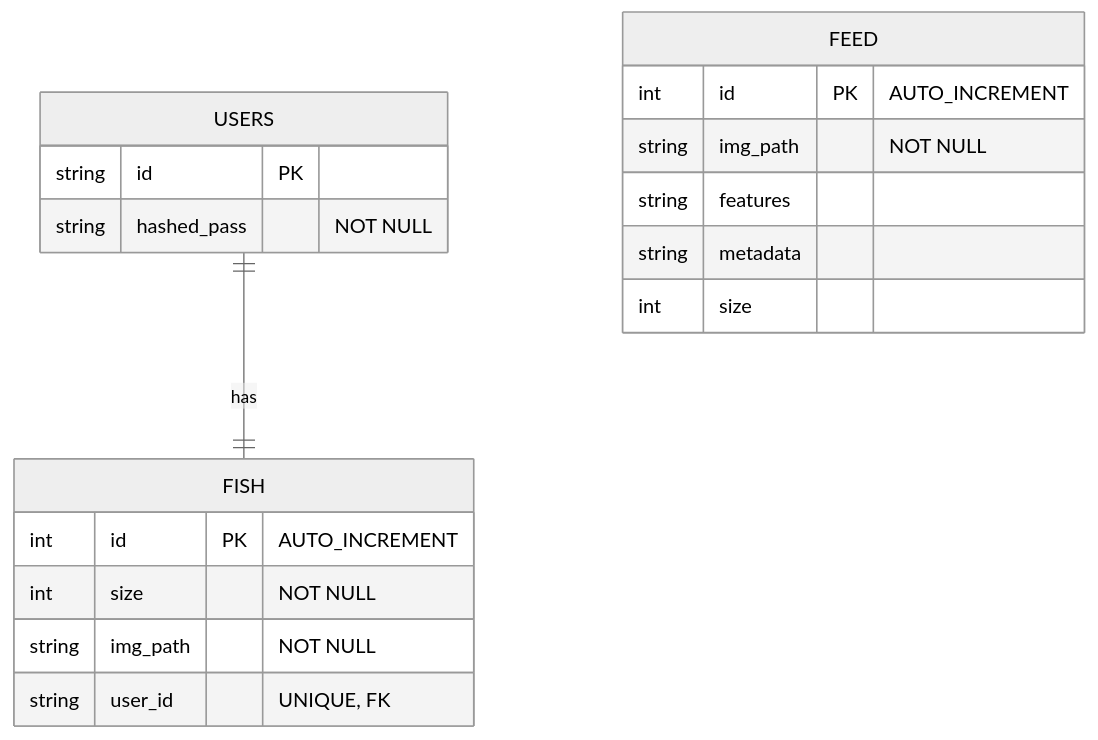
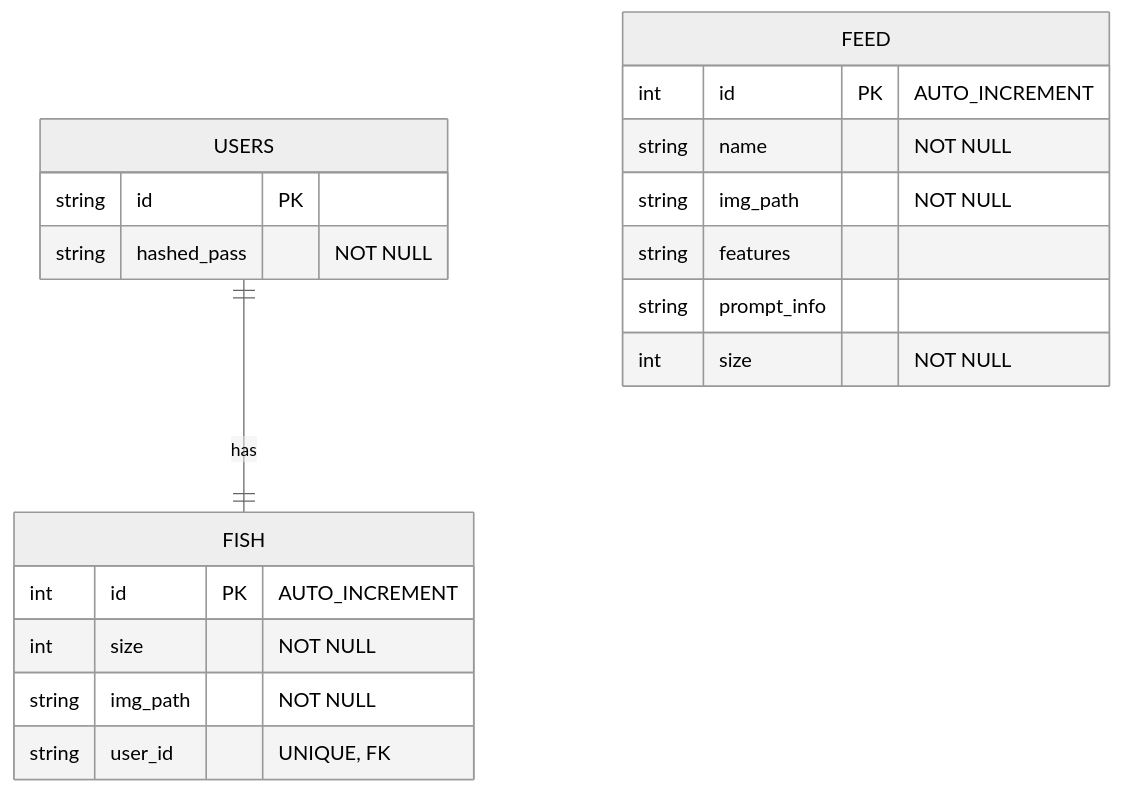
The diagram in docs/erDiagram.md (takumi-333/uomiru_back_test), drawn with Mermaid (neutral theme) before and after one commit. The commit also changed other lines of this file and 14 other files, not shown here.

````diff
--- a/docs/erDiagram.md
+++ b/docs/erDiagram.md
@@ -3,24 +3,25 @@
 ```mermaid
 erDiagram
     USERS {
         string id PK
         string hashed_pass "NOT NULL"
     }
 
     FISH {
         int id PK "AUTO_INCREMENT"
         int size "NOT NULL"
         string img_path "NOT NULL"
         string user_id "UNIQUE, FK"
     }
 
     FEED {
         int id PK "AUTO_INCREMENT"
+        string name "NOT NULL"
         string img_path "NOT NULL"
         string features
-        string metadata
-        int size
+        string prompt_info
+        int size "NOT NULL"
     }
 
     USERS ||--|| FISH : "has"
 ```
````
